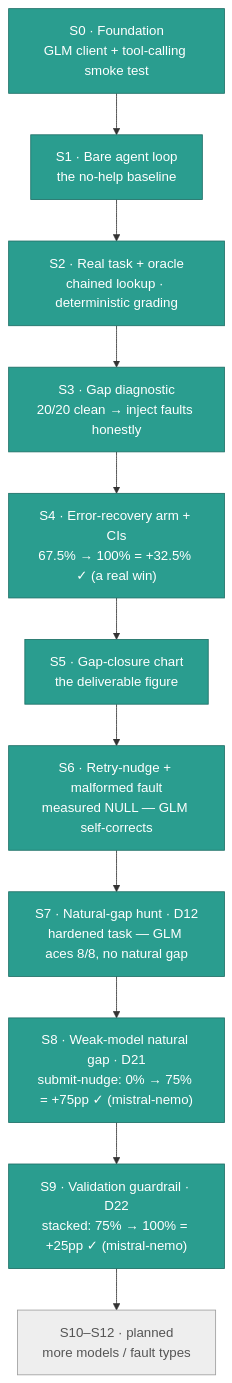
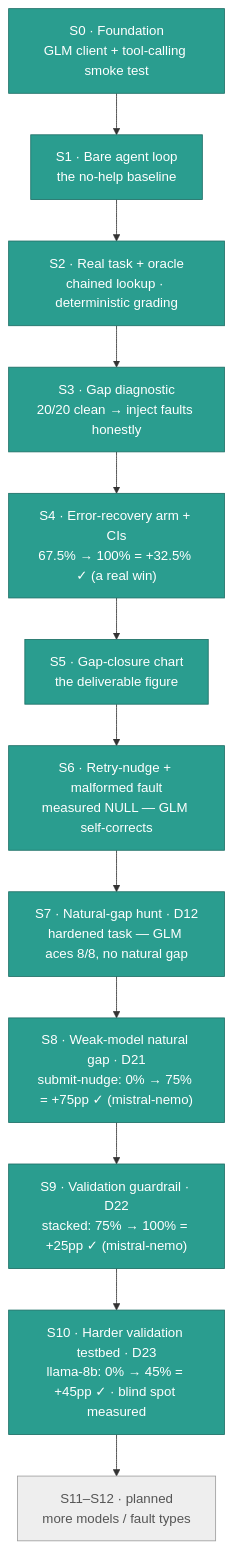
The diagram in docs/ROADMAP.md (ksdisch/forge-gap), drawn with Mermaid before and after one commit. The commit also changed other lines of this file and 4 other files, not shown here.

Commit message:
docs(s10): spine writeup — D23 measured result, ROADMAP/LEARNING S10, README §11, CLAUDE.md file map

````diff
--- a/docs/ROADMAP.md
+++ b/docs/ROADMAP.md
@@ -11,20 +11,21 @@
 ```mermaid
 flowchart TB
     S0["S0 · Foundation<br/>GLM client + tool-calling smoke test"]:::done
     S1["S1 · Bare agent loop<br/>the no-help baseline"]:::done
     S2["S2 · Real task + oracle<br/>chained lookup · deterministic grading"]:::done
     S3["S3 · Gap diagnostic<br/>20/20 clean → inject faults honestly"]:::done
     S4["S4 · Error-recovery arm + CIs<br/>67.5% → 100% = +32.5% ✓ (a real win)"]:::done
     S5["S5 · Gap-closure chart<br/>the deliverable figure"]:::done
     S6["S6 · Retry-nudge + malformed fault<br/>measured NULL — GLM self-corrects"]:::done
     S7["S7 · Natural-gap hunt · D12<br/>hardened task — GLM aces 8/8, no natural gap"]:::done
     S8["S8 · Weak-model natural gap · D21<br/>submit-nudge: 0% → 75% = +75pp ✓ (mistral-nemo)"]:::done
     S9["S9 · Validation guardrail · D22<br/>stacked: 75% → 100% = +25pp ✓ (mistral-nemo)"]:::done
-    F["S10–S12 · planned<br/>more models / fault types"]:::planned
+    S10["S10 · Harder validation testbed · D23<br/>llama-8b: 0% → 45% = +45pp ✓ · blind spot measured"]:::done
+    F["S11–S12 · planned<br/>more models / fault types"]:::planned
 
-    S0 --> S1 --> S2 --> S3 --> S4 --> S5 --> S6 --> S7 --> S8 --> S9 --> F
+    S0 --> S1 --> S2 --> S3 --> S4 --> S5 --> S6 --> S7 --> S8 --> S9 --> S10 --> F
 
     classDef done fill:#2a9d8f,stroke:#1d6f66,color:#ffffff;
     classDef goal fill:#e9c46a,stroke:#b8902f,color:#222222,stroke-width:2px;
     classDef planned fill:#eeeeee,stroke:#9e9e9e,color:#555555;
 ```
````
